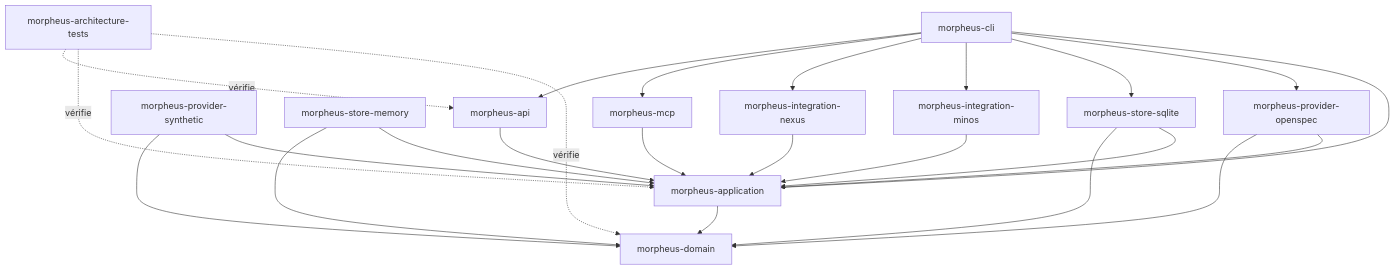
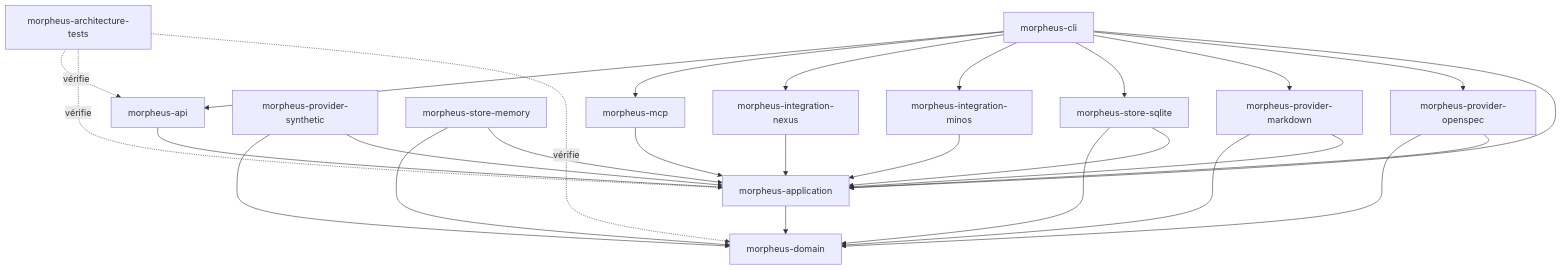
The first of 2 diagrams in docs/developer/README.md (FTurleque/morpheus-engine), drawn with Mermaid before and after one commit. The commit also changed other lines of this file, not shown here.

````diff
--- a/docs/developer/README.md
+++ b/docs/developer/README.md
@@ -65,39 +66,43 @@
 ```mermaid
 flowchart TB
     DOMAIN[morpheus-domain]
     APP[morpheus-application]
     OPEN[morpheus-provider-openspec]
+    MD[morpheus-provider-markdown]
     SYN[morpheus-provider-synthetic]
     MEM[morpheus-store-memory]
     SQL[morpheus-store-sqlite]
     MINOS[morpheus-integration-minos]
     NEXUS[morpheus-integration-nexus]
     MCP[morpheus-mcp]
     API[morpheus-api]
     CLI[morpheus-cli]
     ARCH[morpheus-architecture-tests]
 
     APP --> DOMAIN
     OPEN --> APP
     OPEN --> DOMAIN
+    MD --> APP
+    MD --> DOMAIN
     SYN --> APP
     SYN --> DOMAIN
     MEM --> APP
     MEM --> DOMAIN
     SQL --> APP
     SQL --> DOMAIN
     MINOS --> APP
     NEXUS --> APP
     MCP --> APP
     API --> APP
     CLI --> APP
     CLI --> OPEN
+    CLI --> MD
     CLI --> SQL
     CLI --> MINOS
     CLI --> NEXUS
     CLI --> MCP
     CLI --> API
     ARCH -. vérifie .-> DOMAIN
     ARCH -. vérifie .-> APP
     ARCH -. vérifie .-> API
 ```
````
